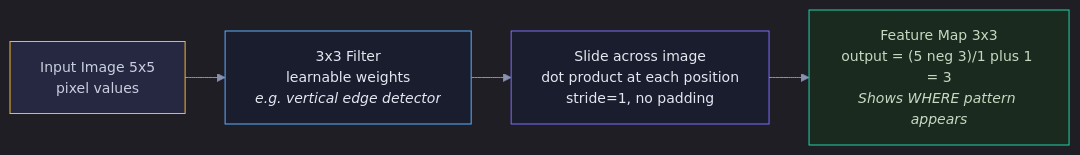
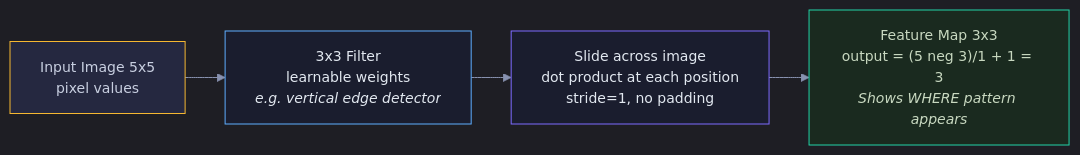
One commit to snehith1234/StudyCircle changed the second of 12 diagrams in Documents/Visual_Guides/Deep_Learning/CNNs_Visual.md. Above: the diagram before and after it, drawn with Mermaid. The commit also changed other lines of this file and 10 other files, not shown here.

First line of the commit message:
Fix Mermaid formatting and add RNN/LSTM guides

````diff
--- a/Documents/Visual_Guides/Deep_Learning/CNNs_Visual.md
+++ b/Documents/Visual_Guides/Deep_Learning/CNNs_Visual.md
@@ -35,12 +35,12 @@
 ```mermaid
 %%{init: {'theme': 'dark', 'themeVariables': {'darkMode': true, 'background': '#0e1117', 'primaryColor': '#1a1d2e', 'primaryTextColor': '#e2e8f0', 'primaryBorderColor': '#2d3148', 'lineColor': '#8892b0', 'secondaryColor': '#252840', 'tertiaryColor': '#1a1d2e', 'fontSize': '14px', 'edgeLabelBackground': '#0e1117'}, 'flowchart': {'nodeSpacing': 30, 'rankSpacing': 40, 'padding': 15, 'htmlLabels': true}}}%%
 graph LR
     INPUT["Input Image 5x5<br/>pixel values"] --> FILTER["3x3 Filter<br/>learnable weights<br/><i>e.g. vertical edge detector</i>"]
     FILTER --> SLIDE["Slide across image<br/>dot product at each position<br/>stride=1, no padding"]
-    SLIDE --> FMAP["Feature Map 3x3<br/>output = (5 neg 3)/1 plus 1 = 3<br/><i>Shows WHERE pattern appears</i>"]
+    SLIDE --> FMAP["Feature Map 3x3<br/>output = (5 neg 3)/1 + 1 = 3<br/><i>Shows WHERE pattern appears</i>"]
 
     style INPUT fill:#252840,stroke:#f5b731,color:#c8cfe0
     style FILTER fill:#1a1d2e,stroke:#5eaeff,color:#e2e8f0
     style SLIDE fill:#1a1d2e,stroke:#7c6aff,color:#e2e8f0
     style FMAP fill:#1a2a1f,stroke:#22d3a7,color:#c8d8c0
 ```
````
